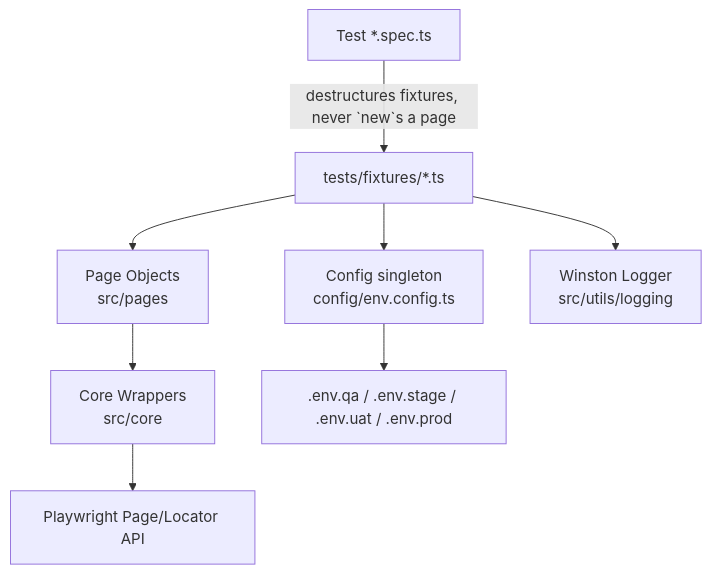
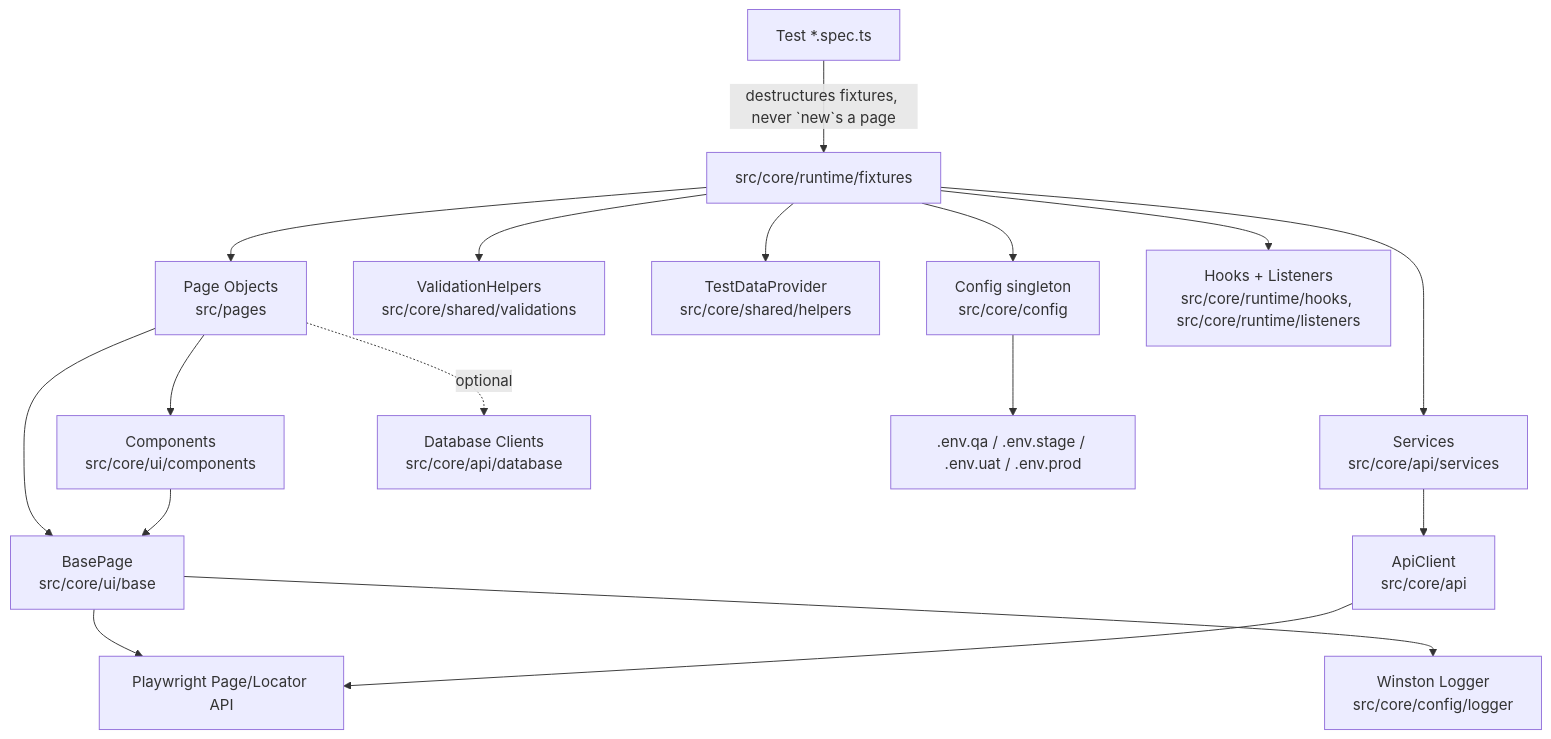
Before and after one commit to sureshisreal/Auto_AI: the diagram in README.md, drawn with Mermaid. The commit also changed other lines of this file and 135 other files, not shown here.

````diff
--- a/README.md
+++ b/README.md
@@ -39,10 +39,19 @@
 ```mermaid
 flowchart TD
-    T[Test *.spec.ts] -->|destructures fixtures, never `new`s a page| F[tests/fixtures/*.ts]
+    T[Test *.spec.ts] -->|destructures fixtures, never `new`s a page| F[src/core/runtime/fixtures]
     F --> P[Page Objects\nsrc/pages]
-    F --> CFG[Config singleton\nconfig/env.config.ts]
-    F --> LOG[Winston Logger\nsrc/utils/logging]
-    P --> CORE[Core Wrappers\nsrc/core]
-    CORE --> PW[Playwright Page/Locator API]
+    F --> S[Services\nsrc/core/api/services]
+    F --> V[ValidationHelpers\nsrc/core/shared/validations]
+    F --> TD[TestDataProvider\nsrc/core/shared/helpers]
+    P --> C[Components\nsrc/core/ui/components]
+    P --> B[BasePage\nsrc/core/ui/base]
+    C --> B
+    B --> PW[Playwright Page/Locator API]
+    S --> API[ApiClient\nsrc/core/api]
+    API --> PW
+    P -.optional.-> DB[Database Clients\nsrc/core/api/database]
+    F --> CFG[Config singleton\nsrc/core/config]
     CFG --> ENV[.env.qa / .env.stage / .env.uat / .env.prod]
+    B --> LOG[Winston Logger\nsrc/core/config/logger]
+    F --> HOOKS[Hooks + Listeners\nsrc/core/runtime/hooks, src/core/runtime/listeners]
 ```
````
